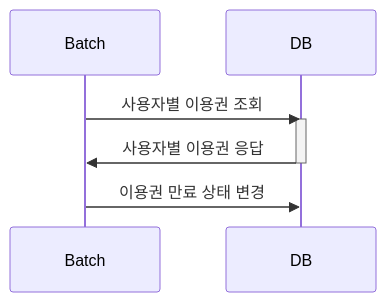
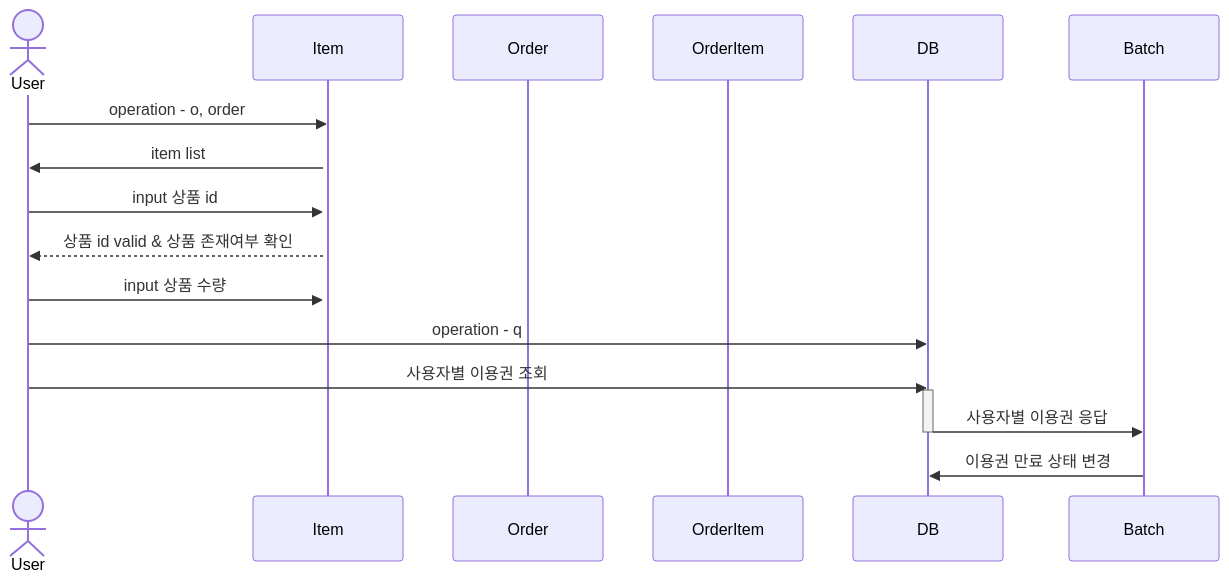
The diagram in README.md (chaechaeyi/console_order_program), drawn with Mermaid before and after one commit.

````diff
--- a/README.md
+++ b/README.md
@@ -22,10 +22,19 @@
 ```mermaid
 sequenceDiagram
-    participant Batch
-    participant DB
-    Batch->>DB: 사용자별 이용권 조회
+    actor User
+    participant Item
+    participant Order
+    participant OrderItem
+    User->>Item: operation - o, order
+    activate Item
+    Item->>User: item list
+    User->>Item: input 상품 id
+    Item-->>User: 상품 id valid & 상품 존재여부 확인
+    User->>Item: input 상품 수량
+    User->>DB: operation - q
+    User->>DB: 사용자별 이용권 조회
     activate DB
     DB->>Batch: 사용자별 이용권 응답
     deactivate DB
     Batch->>DB: 이용권 만료 상태 변경
 ```
````
